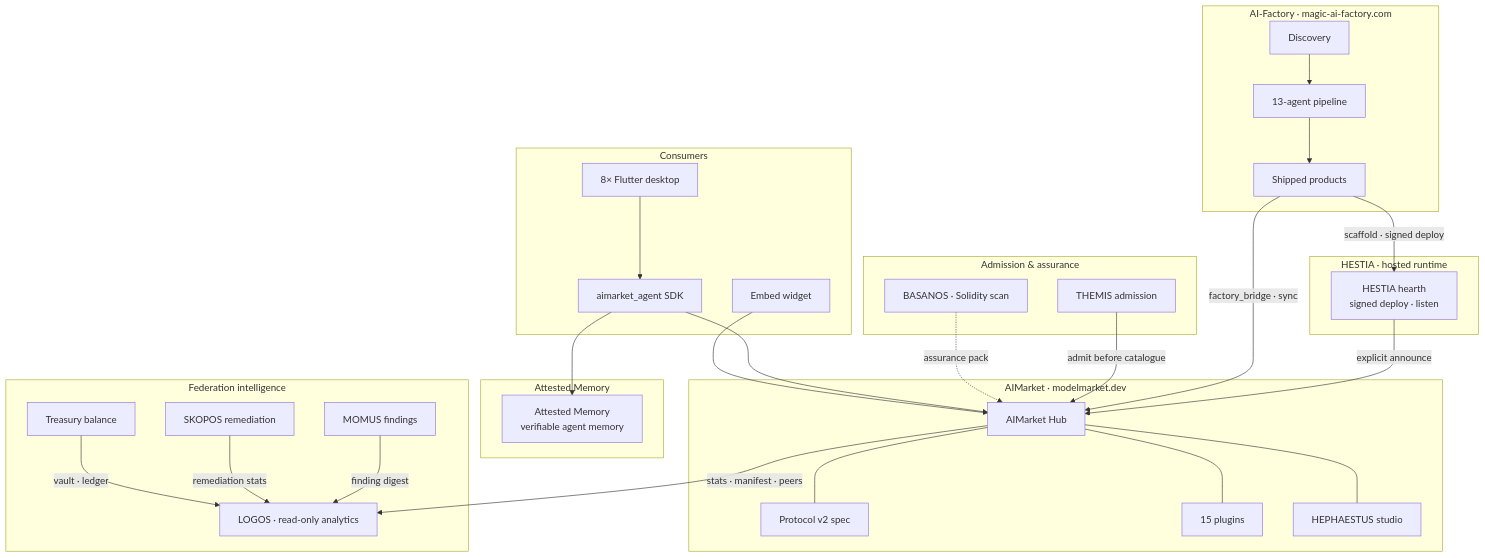
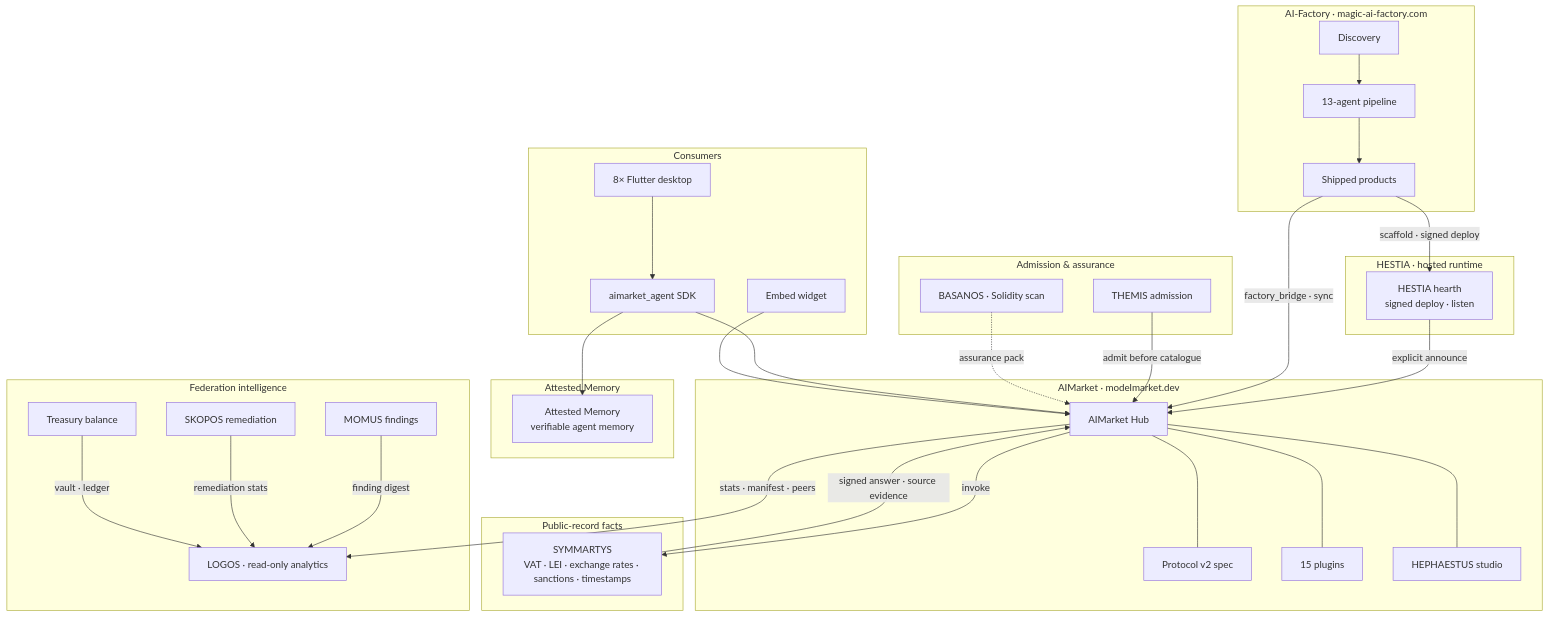
Before and after one commit to alexar76/aicom: the third of 3 diagrams in README.md, drawn with Mermaid. The commit also changed other lines of this file and 1680 other files, not shown here.

````diff
--- a/README.md
+++ b/README.md
@@ -723,58 +724,64 @@
 ```mermaid
 flowchart TB
   subgraph factory["AI-Factory · magic-ai-factory.com"]
     DISC["Discovery"]
     PIPE["13-agent pipeline"]
     SHIP["Shipped products"]
     DISC --> PIPE --> SHIP
   end
 
   subgraph aimarket["AIMarket · modelmarket.dev"]
     HUB["AIMarket Hub"]
     PROT["Protocol v2 spec"]
     PLG["15 plugins"]
     HEPHA["HEPHAESTUS studio"]
     HUB --- PLG
     HUB --- PROT
     HUB --- HEPHA
   end
 
   subgraph hearth["HESTIA · hosted runtime"]
     HESTIA["HESTIA hearth<br/>signed deploy · listen"]
   end
 
   subgraph amem["Attested Memory"]
     AMEM["Attested Memory<br/>verifiable agent memory"]
+  end
+
+  subgraph records["Public-record facts"]
+    SYMMARTYS["SYMMARTYS<br/>VAT · LEI · exchange rates · sanctions · timestamps"]
   end
 
   subgraph security["Admission & assurance"]
     THEMIS["THEMIS admission"]
     BASANOS["BASANOS · Solidity scan"]
   end
 
   subgraph consume["Consumers"]
     DSK["8× Flutter desktop"]
     WGT["Embed widget"]
     SDK["aimarket_agent SDK"]
   end
 
   subgraph intelligence["Federation intelligence"]
     LOGOS["LOGOS · read-only analytics"]
     MOMUS["MOMUS findings"]
     SKOPOS["SKOPOS remediation"]
     TREASURY["Treasury balance"]
   end
 
   SHIP -->|"scaffold · signed deploy"| HESTIA
   HESTIA -->|"explicit announce"| HUB
   SHIP -->|"factory_bridge · sync"| HUB
   THEMIS -->|"admit before catalogue"| HUB
   BASANOS -.->|"assurance pack"| HUB
   DSK --> SDK --> HUB
   WGT --> HUB
   SDK --> AMEM
+  HUB -->|"invoke"| SYMMARTYS
+  SYMMARTYS -->|"signed answer · source evidence"| HUB
   HUB -->|"stats · manifest · peers"| LOGOS
   MOMUS -->|"finding digest"| LOGOS
   SKOPOS -->|"remediation stats"| LOGOS
   TREASURY -->|"vault · ledger"| LOGOS
 ```
````
